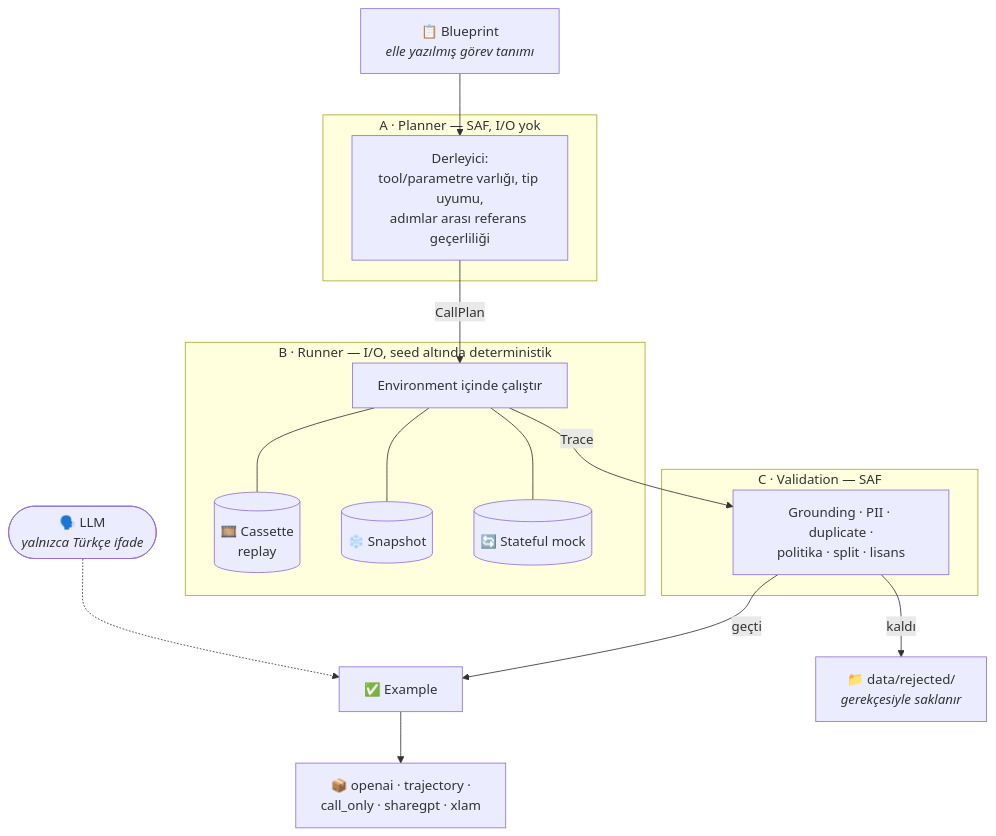
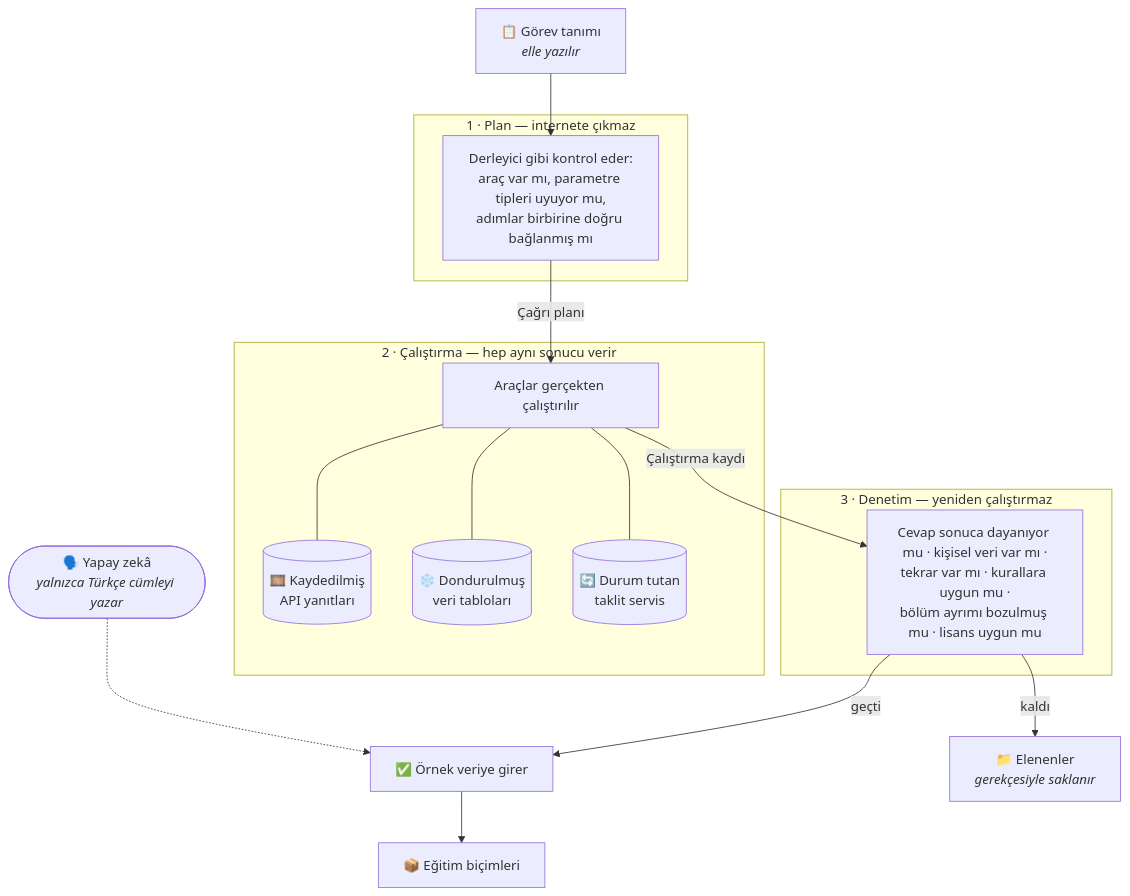
One commit to bilalabic/toolcall-tr changed the diagram in README.md. Above: the diagram before and after it, drawn with Mermaid. The commit also changed other lines of this file, not shown here.

````diff
--- a/README.md
+++ b/README.md
@@ -44,30 +47,30 @@
 ```mermaid
 flowchart TD
-    BP["📋 Blueprint<br/><i>elle yazılmış görev tanımı</i>"]
+    BP["📋 Görev tanımı<br/><i>elle yazılır</i>"]
     BP --> P
 
-    subgraph A["A · Planner — SAF, I/O yok"]
-        P["Derleyici:<br/>tool/parametre varlığı, tip uyumu,<br/>adımlar arası referans geçerliliği"]
+    subgraph A["1 · Plan — internete çıkmaz"]
+        P["Derleyici gibi kontrol eder:<br/>araç var mı, parametre tipleri uyuyor mu,<br/>adımlar birbirine doğru bağlanmış mı"]
     end
 
-    P -->|CallPlan| R
+    P -->|Çağrı planı| R
 
-    subgraph B["B · Runner — I/O, seed altında deterministik"]
-        R["Environment içinde çalıştır"]
-        R --- CAS[("🎞️ Cassette<br/>replay")]
-        R --- SNAP[("❄️ Snapshot")]
-        R --- MOCK[("🔄 Stateful mock")]
+    subgraph B["2 · Çalıştırma — hep aynı sonucu verir"]
+        R["Araçlar gerçekten çalıştırılır"]
+        R --- CAS[("🎞️ Kaydedilmiş<br/>API yanıtları")]
+        R --- SNAP[("❄️ Dondurulmuş<br/>veri tabloları")]
+        R --- MOCK[("🔄 Durum tutan<br/>taklit servis")]
     end
 
-    R -->|Trace| V
+    R -->|Çalıştırma kaydı| V
 
-    subgraph C["C · Validation — SAF"]
-        V["Grounding · PII · duplicate ·<br/>politika · split · lisans"]
+    subgraph C["3 · Denetim — yeniden çalıştırmaz"]
+        V["Cevap sonuca dayanıyor mu · kişisel veri var mı ·<br/>tekrar var mı · kurallara uygun mu ·<br/>bölüm ayrımı bozulmuş mu · lisans uygun mu"]
     end
 
-    V -->|geçti| OK["✅ Example"]
-    V -->|kaldı| NO["📁 data/rejected/<br/><i>gerekçesiyle saklanır</i>"]
+    V -->|geçti| OK["✅ Örnek veriye girer"]
+    V -->|kaldı| NO["📁 Elenenler<br/><i>gerekçesiyle saklanır</i>"]
 
-    LLM(["🗣️ LLM<br/><i>yalnızca Türkçe ifade</i>"]) -.-> OK
-    OK --> EXP["📦 openai · trajectory ·<br/>call_only · sharegpt · xlam"]
+    LLM(["🗣️ Yapay zekâ<br/><i>yalnızca Türkçe cümleyi yazar</i>"]) -.-> OK
+    OK --> EXP["📦 Eğitim biçimleri"]
 ```
````
